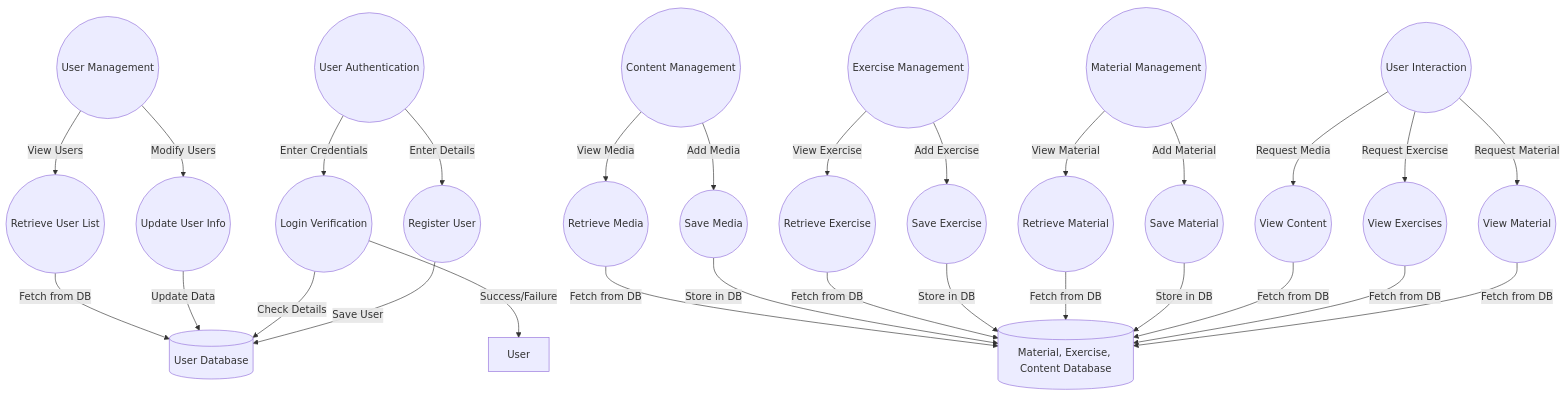
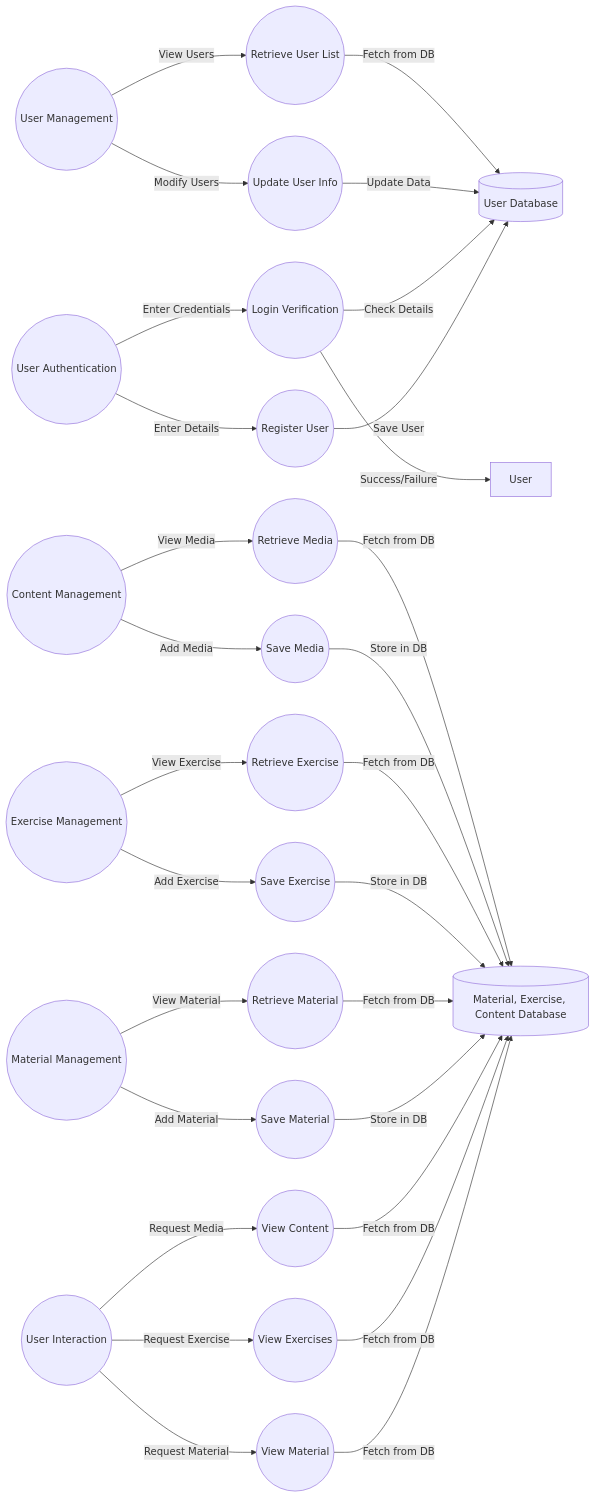
The first of 7 diagrams in README.md (nikhilr-ngp/test2), drawn with Mermaid before and after one commit.

````diff
--- a/README.md
+++ b/README.md
@@ -1,43 +1,43 @@
 ``` mermaid
-graph TD;
+graph LR;
 
     %% User Authentication
     P1((User Authentication)) -->|Enter Details| P1.1((Register User))
     P1.1 -->|Save User| DB1[(User Database)]
     P1((User Authentication)) -->|Enter Credentials| P1.2((Login Verification))
     P1.2 -->|Check Details| DB1
     P1.2 -->|Success/Failure| User[User]
 
     %% User Interaction
     P2((User Interaction)) -->|Request Material| P2.1((View Material))
     P2.1 -->|Fetch from DB| DB2[(Material, Exercise, Content Database)]
     P2((User Interaction)) -->|Request Exercise| P2.2((View Exercises))
     P2.2 -->|Fetch from DB| DB2
     P2((User Interaction)) -->|Request Media| P2.3((View Content))
     P2.3 -->|Fetch from DB| DB2
 
     %% User Management
     P3((User Management)) -->|Modify Users| P3.1((Update User Info))
     P3.1 -->|Update Data| DB1
     P3((User Management)) -->|View Users| P3.2((Retrieve User List))
     P3.2 -->|Fetch from DB| DB1
 
     %% Material Management
     P4((Material Management)) -->|Add Material| P4.1((Save Material))
     P4.1 -->|Store in DB| DB2
     P4((Material Management)) -->|View Material| P4.2((Retrieve Material))
     P4.2 -->|Fetch from DB| DB2
 
     %% Exercise Management
     P5((Exercise Management)) -->|Add Exercise| P5.1((Save Exercise))
     P5.1 -->|Store in DB| DB2
     P5((Exercise Management)) -->|View Exercise| P5.2((Retrieve Exercise))
     P5.2 -->|Fetch from DB| DB2
 
     %% Content Management
     P6((Content Management)) -->|Add Media| P6.1((Save Media))
     P6.1 -->|Store in DB| DB2
     P6((Content Management)) -->|View Media| P6.2((Retrieve Media))
     P6.2 -->|Fetch from DB| DB2
 
 ```
````
